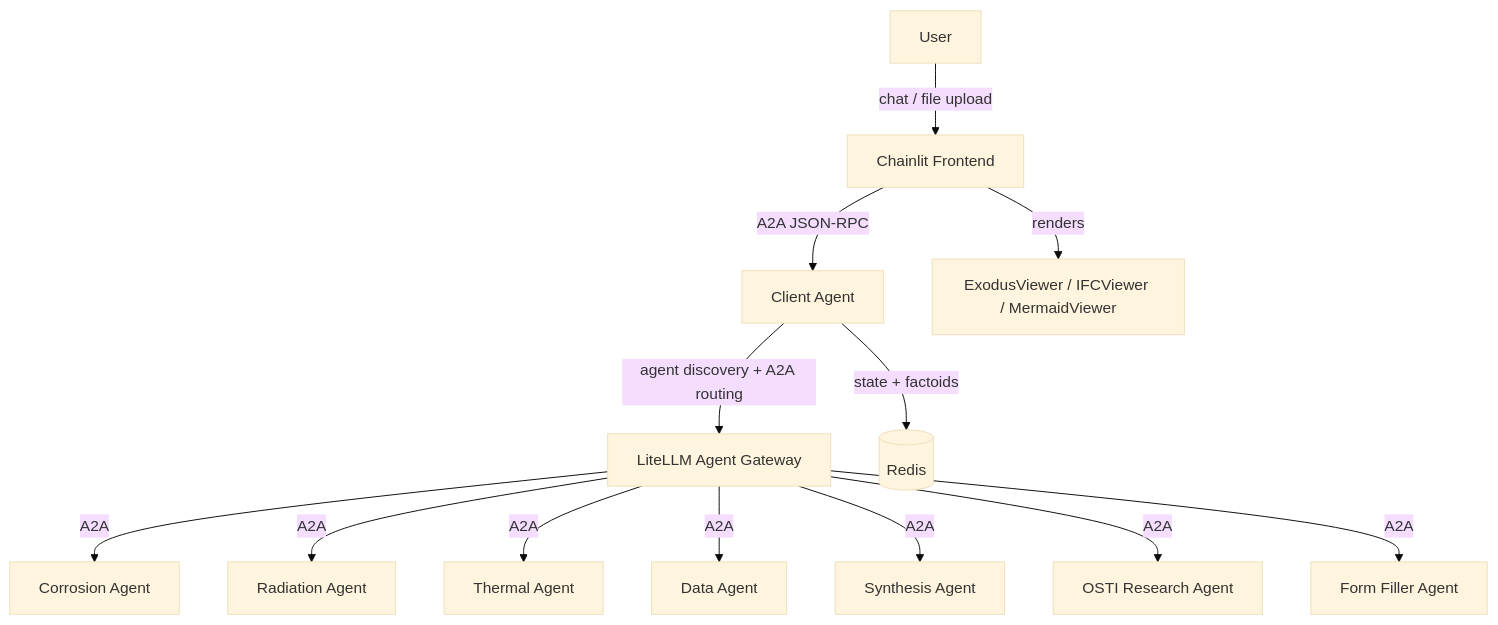
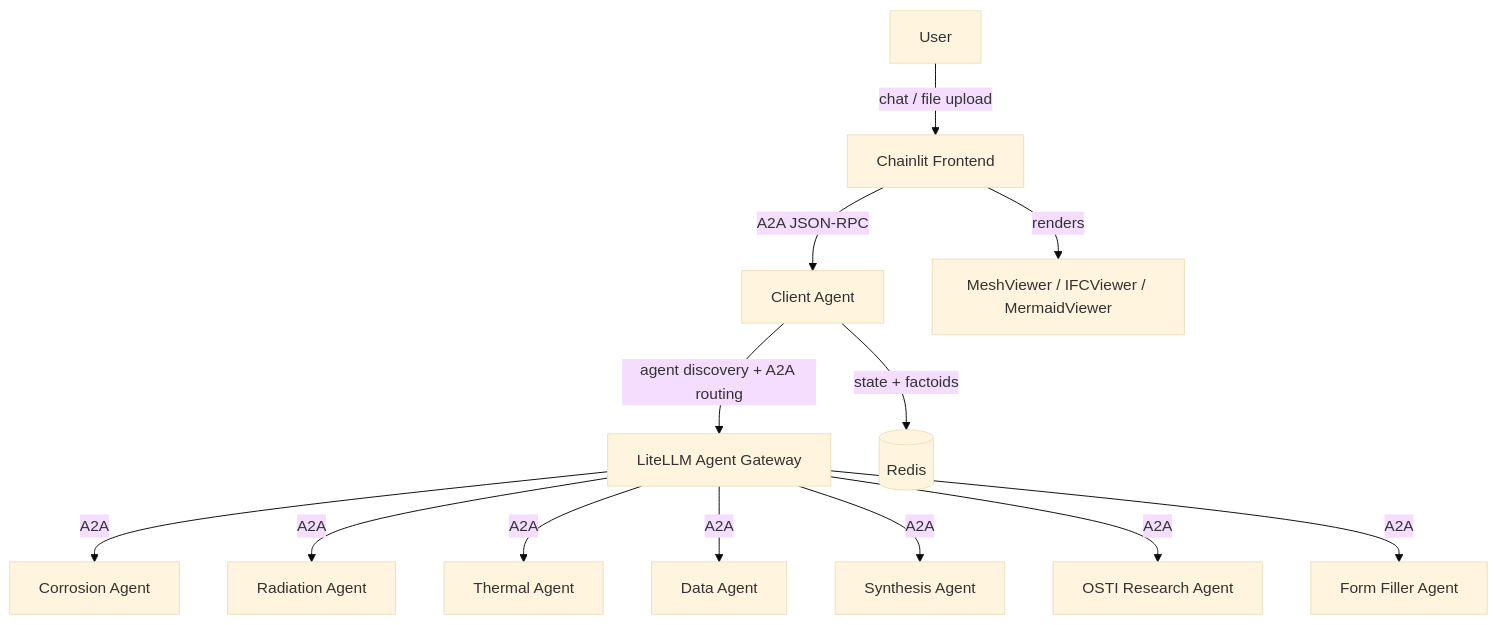
One commit to Jimmy-INL/prometheus_core changed the diagram in README.md. Above: the diagram before and after it, drawn with Mermaid (base theme). The commit also changed other lines of this file and 7 other files, not shown here.

First line of the commit message:
docs: rename ExodusViewer→MeshViewer and document STL support

````diff
--- a/README.md
+++ b/README.md
@@ -7,15 +7,15 @@
 ```mermaid
 graph TD
   U[User] -->|chat / file upload| CL[Chainlit Frontend]
   CL -->|A2A JSON-RPC| CA[Client Agent]
   CA -->|agent discovery + A2A routing| LLM[LiteLLM Agent Gateway]
   CA -->|state + factoids| RED[(Redis)]
   LLM -->|A2A| CORR[Corrosion Agent]
   LLM -->|A2A| RAD[Radiation Agent]
   LLM -->|A2A| THERM[Thermal Agent]
   LLM -->|A2A| DATA[Data Agent]
   LLM -->|A2A| SYNTH[Synthesis Agent]
   LLM -->|A2A| OSTI[OSTI Research Agent]
   LLM -->|A2A| FF[Form Filler Agent]
-  CL -->|renders| VIZ[ExodusViewer / IFCViewer / MermaidViewer]
+  CL -->|renders| VIZ[MeshViewer / IFCViewer / MermaidViewer]
 ```
````
